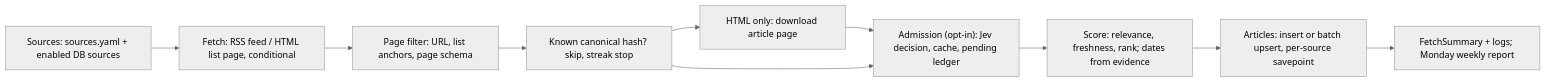
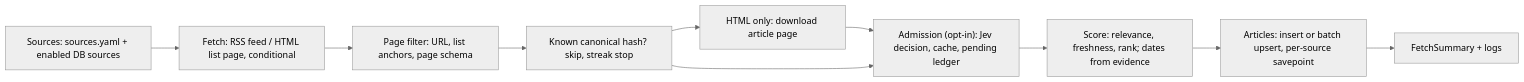
One commit to Orlv-85/AI_PARSER changed the diagram in src/app/core/ingestion/pipeline.md. Above: the diagram before and after it, drawn with Mermaid (neutral theme). The commit also changed other lines of this file and 20 other files, not shown here.

Commit message:
feat(017): R5, retire the legacy weekly pages, preview and Monday report

````diff
--- a/src/app/core/ingestion/pipeline.md
+++ b/src/app/core/ingestion/pipeline.md
@@ -28,12 +28,12 @@
 ```mermaid
 flowchart LR
   sources["Sources: sources.yaml + enabled DB sources"] --> fetch["Fetch: RSS feed / HTML list page, conditional"]
   fetch --> filter["Page filter: URL, list anchors, page schema"]
   filter --> known["Known canonical hash? skip, streak stop"]
   known --> body["HTML only: download article page"]
   body --> screen["Admission (opt-in): Jev decision, cache, pending ledger"]
   known --> screen
   screen --> score["Score: relevance, freshness, rank; dates from evidence"]
   score --> store["Articles: insert or batch upsert, per-source savepoint"]
-  store --> summary["FetchSummary + logs; Monday weekly report"]
+  store --> summary["FetchSummary + logs"]
 ```
````
